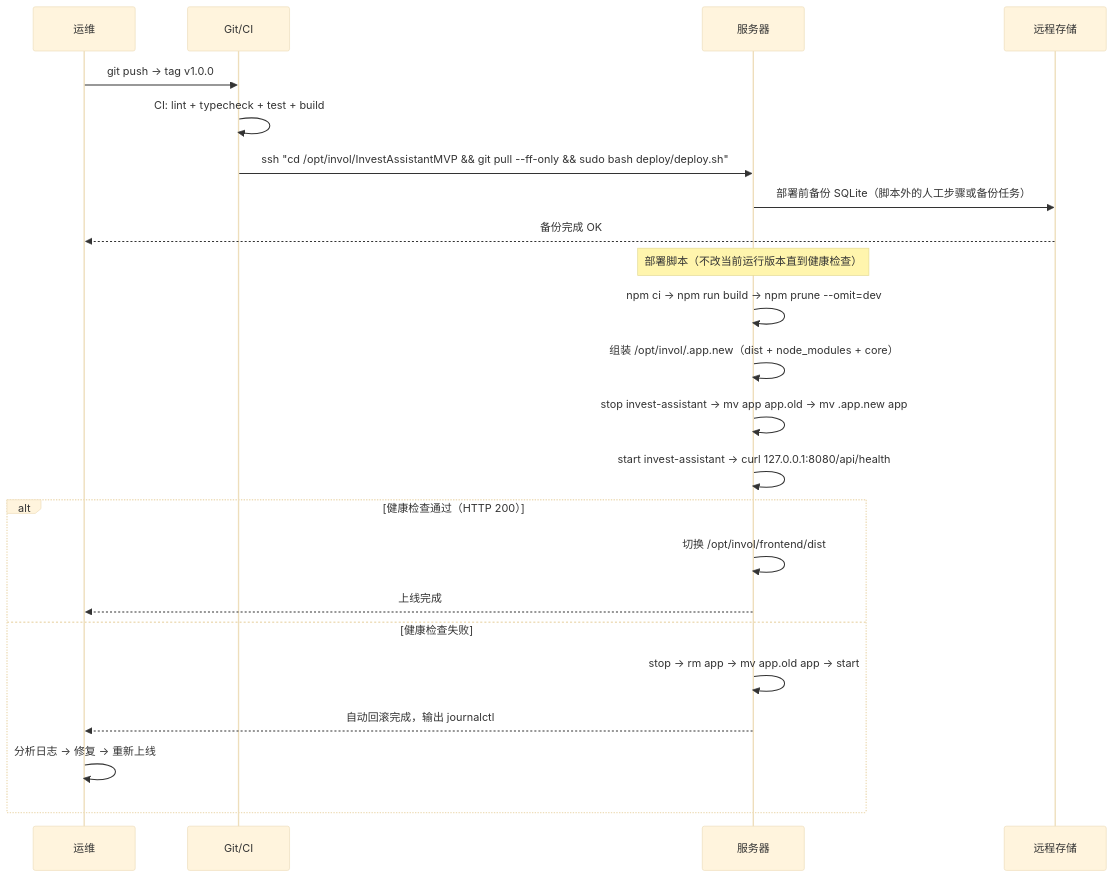
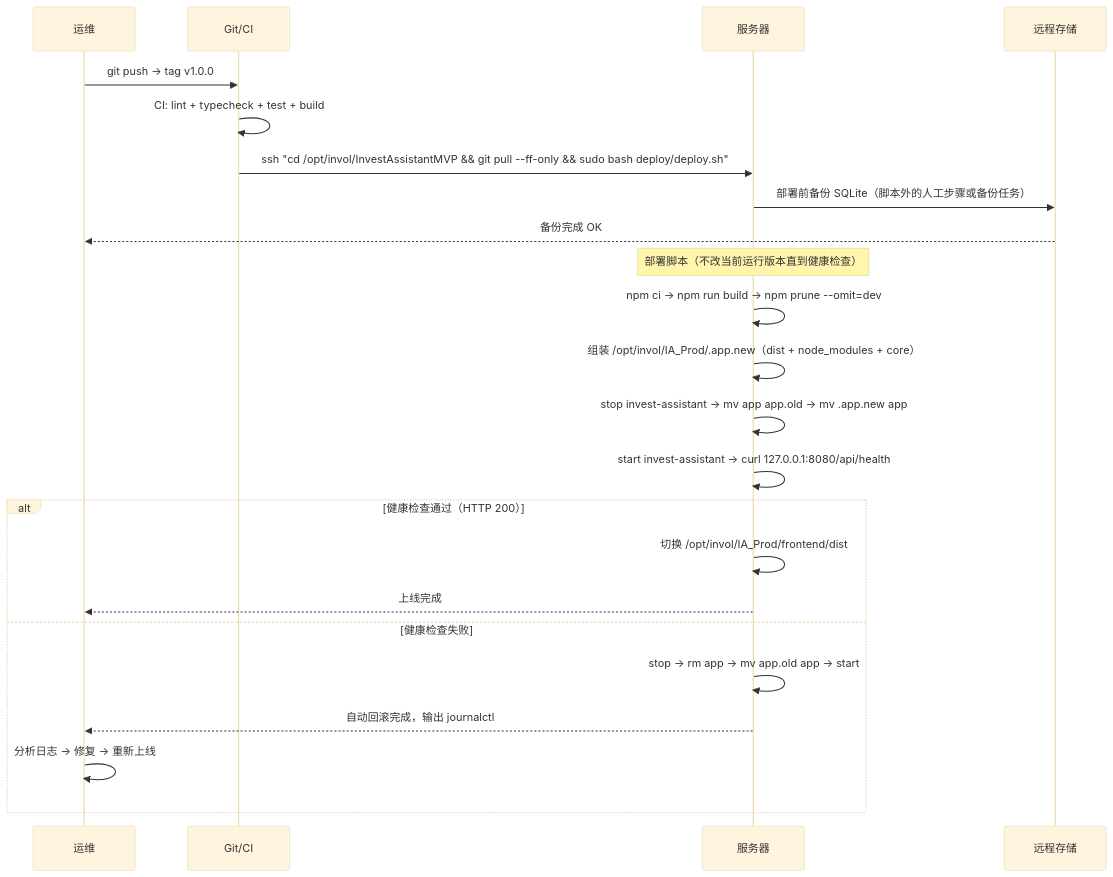
Before and after one commit to skytreat/InvestAssistantMVP: diagram 14 of 15 in docs/client/SDD.md, drawn with Mermaid (base theme). The commit also changed other lines of this file and 13 other files, not shown here.

Commit message:
fix(deploy): 生产运行目录迁移到 /opt/invol/IA_Prod

````diff
--- a/docs/client/SDD.md
+++ b/docs/client/SDD.md
@@ -2623,28 +2623,28 @@
 ```mermaid
 sequenceDiagram
     participant Admin as 运维
     participant Git as Git/CI
     participant VM as 服务器
     participant Backup as 远程存储
 
     Admin->>Git: git push → tag v1.0.0
     Git->>Git: CI: lint + typecheck + test + build
     Git->>VM: ssh "cd /opt/invol/InvestAssistantMVP && git pull --ff-only && sudo bash deploy/deploy.sh"
     VM->>Backup: 部署前备份 SQLite（脚本外的人工步骤或备份任务）
     Backup-->>Admin: 备份完成 OK
 
     Note over VM: 部署脚本（不改当前运行版本直到健康检查）
     VM->>VM: npm ci → npm run build → npm prune --omit=dev
-    VM->>VM: 组装 /opt/invol/.app.new（dist + node_modules + core）
+    VM->>VM: 组装 /opt/invol/IA_Prod/.app.new（dist + node_modules + core）
     VM->>VM: stop invest-assistant → mv app app.old → mv .app.new app
     VM->>VM: start invest-assistant → curl 127.0.0.1:8080/api/health
 
     alt 健康检查通过（HTTP 200）
-        VM->>VM: 切换 /opt/invol/frontend/dist
+        VM->>VM: 切换 /opt/invol/IA_Prod/frontend/dist
         VM-->>Admin: 上线完成
     else 健康检查失败
         VM->>VM: stop → rm app → mv app.old app → start
         VM-->>Admin: 自动回滚完成，输出 journalctl
         Admin->>Admin: 分析日志 → 修复 → 重新上线
     end
 ```
````
